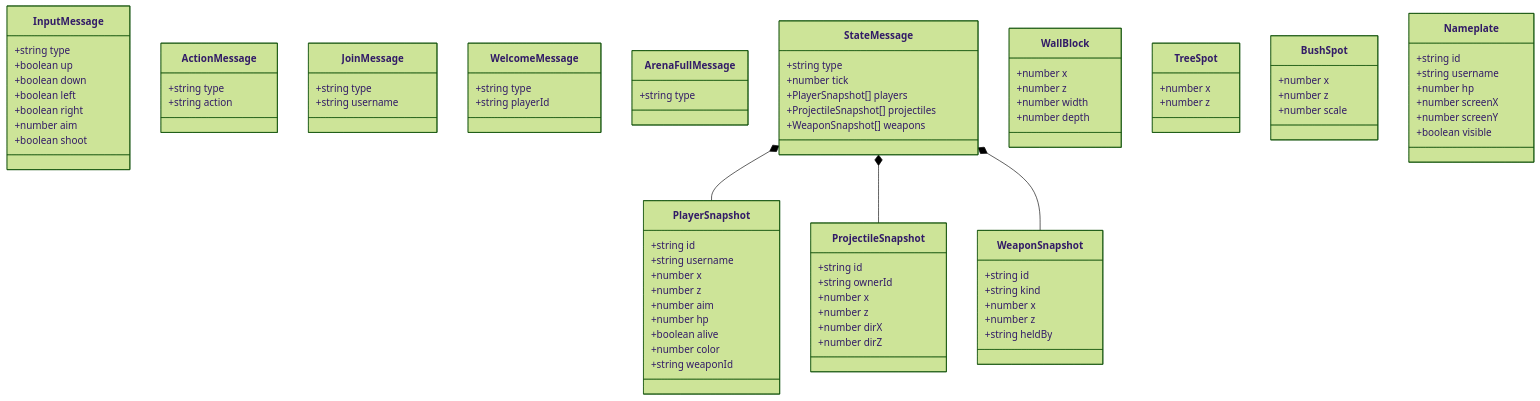
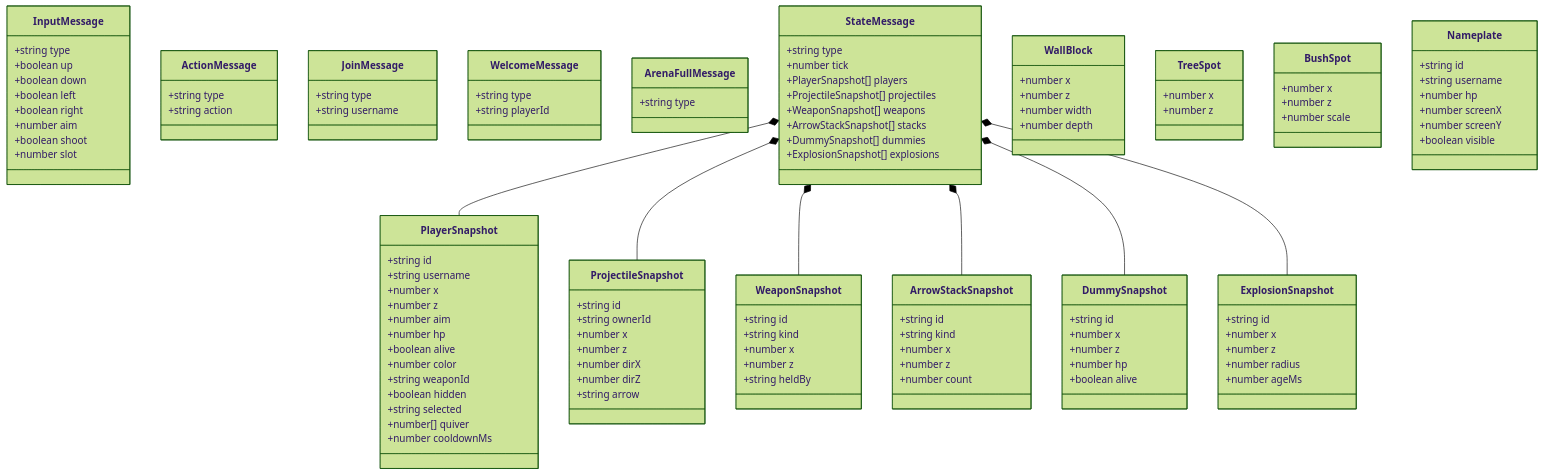
Before and after one commit to gabe-crafting/bowcraft: the fourth of 4 diagrams in docs/class-map.md, drawn with Mermaid (forest theme). The commit also changed other lines of this file and 31 other files, not shown here.

````diff
--- a/docs/class-map.md
+++ b/docs/class-map.md
@@ -253,6 +332,7 @@
     +boolean right
     +number aim
     +boolean shoot
+    +number slot
   }
   class ActionMessage {
     +string type
@@ -279,6 +359,10 @@
     +boolean alive
     +number color
     +string weaponId
+    +boolean hidden
+    +string selected
+    +number[] quiver
+    +number cooldownMs
   }
   class ProjectileSnapshot {
     +string id
@@ -287,6 +371,28 @@
     +number z
     +number dirX
     +number dirZ
+    +string arrow
+  }
+  class ArrowStackSnapshot {
+    +string id
+    +string kind
+    +number x
+    +number z
+    +number count
+  }
+  class DummySnapshot {
+    +string id
+    +number x
+    +number z
+    +number hp
+    +boolean alive
+  }
+  class ExplosionSnapshot {
+    +string id
+    +number x
+    +number z
+    +number radius
+    +number ageMs
   }
   class WeaponSnapshot {
     +string id
@@ -301,6 +407,9 @@
     +PlayerSnapshot[] players
     +ProjectileSnapshot[] projectiles
     +WeaponSnapshot[] weapons
+    +ArrowStackSnapshot[] stacks
+    +DummySnapshot[] dummies
+    +ExplosionSnapshot[] explosions
   }
   class WallBlock {
     +number x
@@ -328,4 +437,7 @@
   StateMessage *-- PlayerSnapshot
   StateMessage *-- ProjectileSnapshot
   StateMessage *-- WeaponSnapshot
+  StateMessage *-- ArrowStackSnapshot
+  StateMessage *-- DummySnapshot
+  StateMessage *-- ExplosionSnapshot
 ```
````
